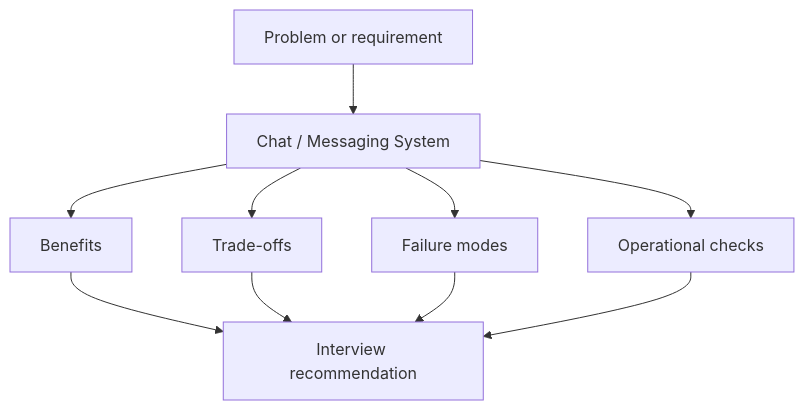
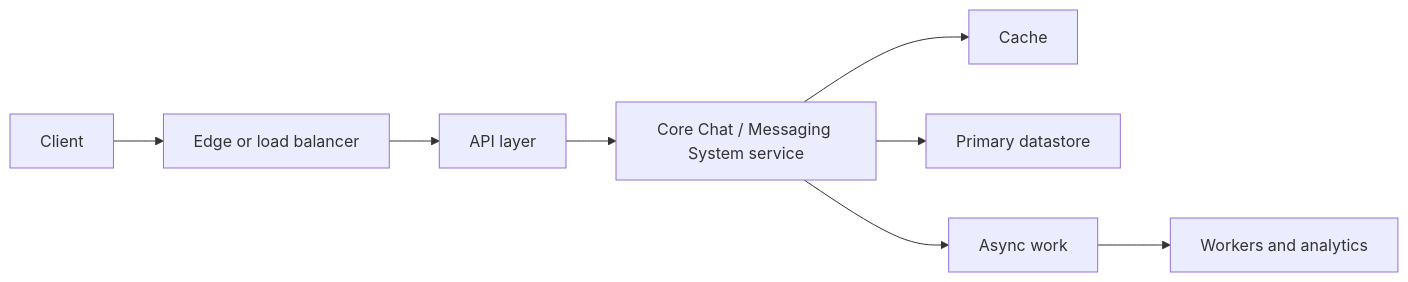
One commit to abstractinterviews/abstractinterviews.github.io changed the second of 3 diagrams in case-studies/chat-messaging/index.md. Above: the diagram before and after it, drawn with Mermaid. The commit also changed other lines of this file and 278 other files, not shown here.

````diff
--- a/case-studies/chat-messaging/index.md
+++ b/case-studies/chat-messaging/index.md
@@ -80,12 +72,10 @@
-~~~mermaid
-flowchart TD
-    Problem["Problem or requirement"] --> Concept["Chat / Messaging System"]
-    Concept --> Benefits["Benefits"]
-    Concept --> Tradeoffs["Trade-offs"]
-    Concept --> FailureModes["Failure modes"]
-    Concept --> Operations["Operational checks"]
-    Benefits --> Decision["Interview recommendation"]
-    Tradeoffs --> Decision
-    FailureModes --> Decision
-    Operations --> Decision
-~~~
+```mermaid
+flowchart LR
+    Client["Client"] --> Edge["Edge or load balancer"]
+    Edge --> API["API layer"]
+    API --> Core["Core Chat / Messaging System service"]
+    Core --> Cache["Cache"]
+    Core --> DB["Primary datastore"]
+    Core --> Queue["Async work"]
+    Queue --> Workers["Workers and analytics"]
+```
````
